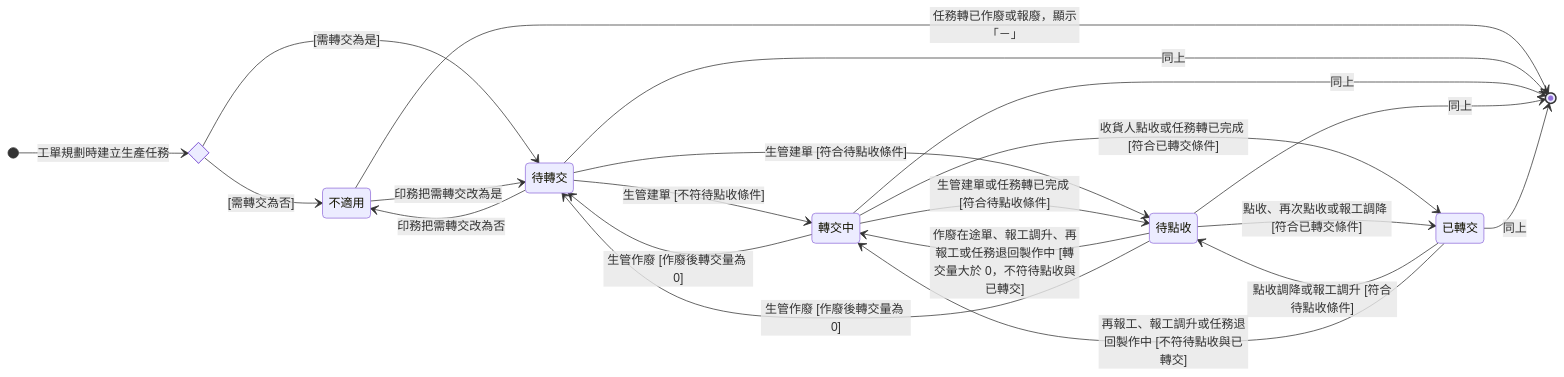
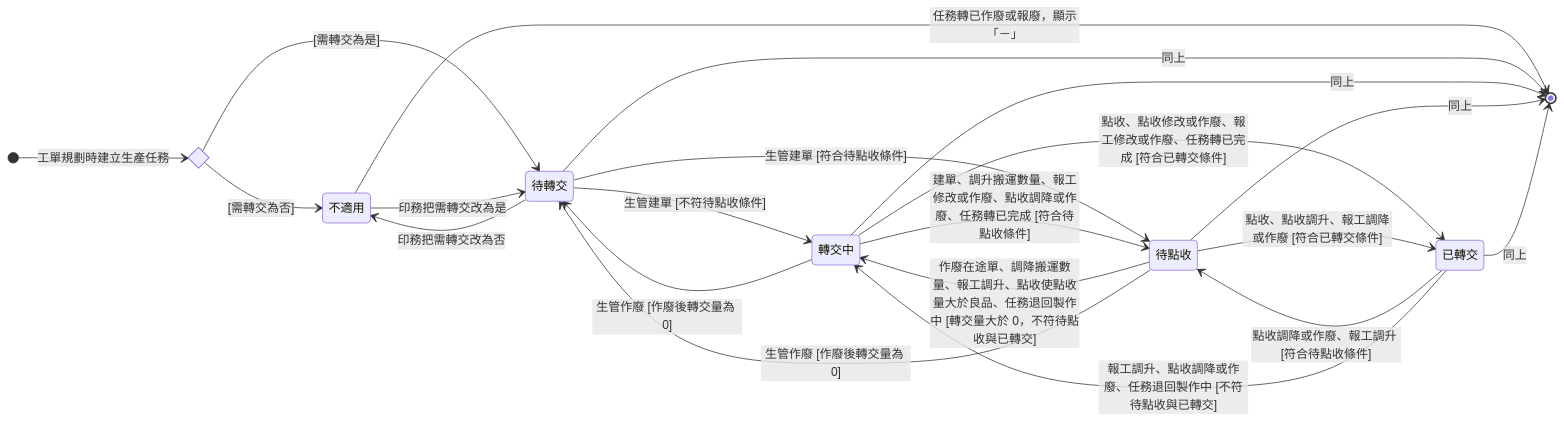
One commit to Kawato-Miles/erp-spec changed the diagram in memory/Sens_wiki/wiki/erp/06-state-machines/生產任務轉交狀態.md. Above: the diagram before and after it, drawn with Mermaid. The commit also changed other lines of this file and 62 other files, not shown here.

````diff
--- a/memory/Sens_wiki/wiki/erp/06-state-machines/生產任務轉交狀態.md
+++ b/memory/Sens_wiki/wiki/erp/06-state-machines/生產任務轉交狀態.md
@@ -66,36 +66,36 @@
 ```mermaid
 stateDiagram-v2
     direction LR
 
     state c_init <<choice>>
     [*] --> c_init : 工單規劃時建立生產任務
 
     state "不適用" as t_na
     state "待轉交" as t_pending
     state "轉交中" as t_moving
     state "待點收" as t_await
     state "已轉交" as t_done
 
     c_init --> t_na : [需轉交為否]
     c_init --> t_pending : [需轉交為是]
     t_na --> t_pending : 印務把需轉交改為是
     t_pending --> t_na : 印務把需轉交改為否
 
     t_pending --> t_moving : 生管建單 [不符待點收條件]
     t_pending --> t_await : 生管建單 [符合待點收條件]
-    t_moving --> t_await : 生管建單或任務轉已完成 [符合待點收條件]
-    t_moving --> t_done : 收貨人點收或任務轉已完成 [符合已轉交條件]
-    t_await --> t_done : 點收、再次點收或報工調降 [符合已轉交條件]
+    t_moving --> t_await : 建單、調升搬運數量、報工修改或作廢、點收調降或作廢、任務轉已完成 [符合待點收條件]
+    t_moving --> t_done : 點收、點收修改或作廢、報工修改或作廢、任務轉已完成 [符合已轉交條件]
+    t_await --> t_done : 點收、點收調升、報工調降或作廢 [符合已轉交條件]
 
-    t_await --> t_moving : 作廢在途單、報工調升、再報工或任務退回製作中 [轉交量大於 0，不符待點收與已轉交]
-    t_done --> t_await : 點收調降或報工調升 [符合待點收條件]
-    t_done --> t_moving : 再報工、報工調升或任務退回製作中 [不符待點收與已轉交]
+    t_await --> t_moving : 作廢在途單、調降搬運數量、報工調升、點收使點收量大於良品、任務退回製作中 [轉交量大於 0，不符待點收與已轉交]
+    t_done --> t_await : 點收調降或作廢、報工調升 [符合待點收條件]
+    t_done --> t_moving : 報工調升、點收調降或作廢、任務退回製作中 [不符待點收與已轉交]
     t_moving --> t_pending : 生管作廢 [作廢後轉交量為 0]
     t_await --> t_pending : 生管作廢 [作廢後轉交量為 0]
 
     t_na --> [*] : 任務轉已作廢或報廢，顯示「－」
     t_pending --> [*] : 同上
     t_moving --> [*] : 同上
     t_await --> [*] : 同上
     t_done --> [*] : 同上
 ```
````
